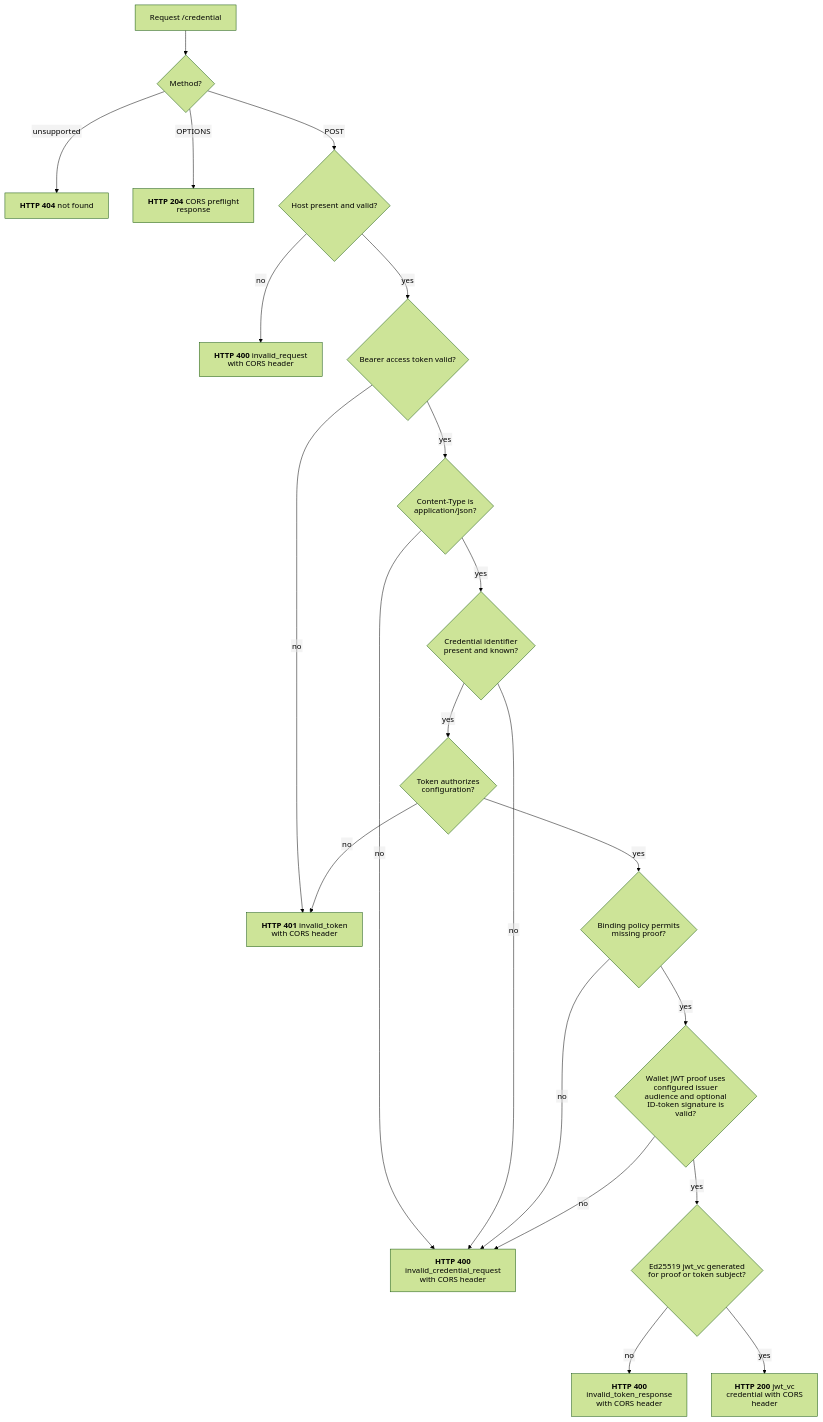
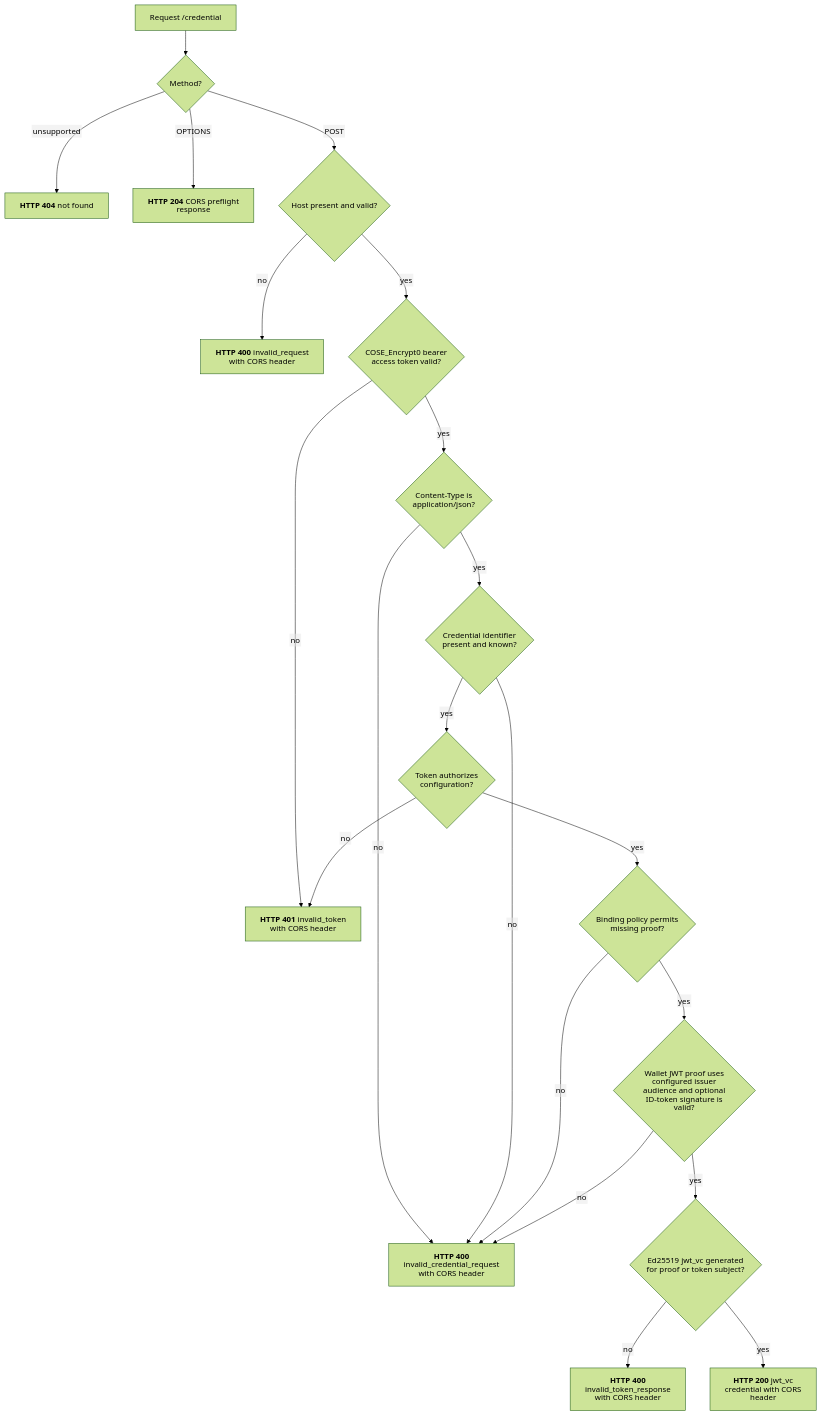
One commit to malach-it/kagome changed the diagram in docs/flows/openid4vci/credential_endpoint.mmd. Above: the diagram before and after it, drawn with Mermaid (forest theme). The commit also changed 56 other files, not shown here.

```diff
--- a/docs/flows/openid4vci/credential_endpoint.mmd
+++ b/docs/flows/openid4vci/credential_endpoint.mmd
@@ -1,22 +1,22 @@
 %%{init: {"htmlLabels": false, "flowchart": {"htmlLabels": false}}}%%
 flowchart TD
     start[Request /credential] --> method{Method?}
     method -- unsupported --> not_found["`**HTTP 404** not found`"]
     method -- OPTIONS --> preflight["`**HTTP 204** CORS preflight response`"]
     method -- POST --> host{Host present and valid?}
     host -- no --> request_error["`**HTTP 400** invalid_request with CORS header`"]
-    host -- yes --> bearer{Bearer access token valid?}
+    host -- yes --> bearer{COSE_Encrypt0 bearer access token valid?}
     bearer -- no --> bearer_error["`**HTTP 401** invalid_token with CORS header`"]
     bearer -- yes --> media{Content-Type is application/json?}
     media -- no --> credential_error["`**HTTP 400** invalid_credential_request with CORS header`"]
     media -- yes --> configuration{Credential identifier present and known?}
     configuration -- no --> credential_error
     configuration -- yes --> authorized{Token authorizes configuration?}
     authorized -- no --> bearer_error
     authorized -- yes --> required{Binding policy permits missing proof?}
     required -- no --> credential_error
     required -- yes --> proof{Wallet JWT proof uses configured issuer audience and optional ID-token signature is valid?}
     proof -- no --> credential_error
     proof -- yes --> generate{Ed25519 jwt_vc generated for proof or token subject?}
     generate -- no --> generation_error["`**HTTP 400** invalid_token_response with CORS header`"]
     generate -- yes --> success["`**HTTP 200** jwt_vc credential with CORS header`"]
```
